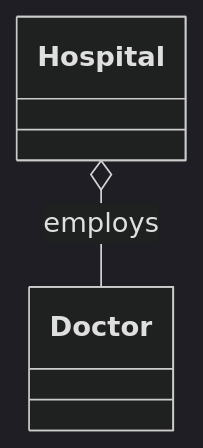
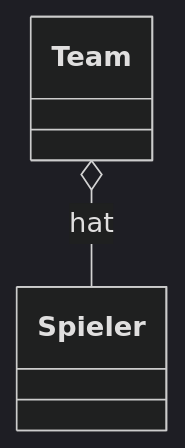
Before and after one commit to HTL-Wolfsberg-Betriebsinformatik/skript: the fifth of 12 diagrams in slides/content/slides/SWP/PR/18_uml-class-diagram.md, drawn with Mermaid (dark theme). The commit also changed other lines of this file, not shown here.

Commit message:
updated: uml class diagram

````diff
--- a/slides/content/slides/SWP/PR/18_uml-class-diagram.md
+++ b/slides/content/slides/SWP/PR/18_uml-class-diagram.md
@@ -144,10 +222,6 @@
 ```mermaid
 classDiagram
-    class Hospital {
-    }
-
-    class Doctor {
-    }
-
-    Hospital o-- Doctor : employs
+    class Team
+    class Spieler
+    Team o-- Spieler : hat
 ```
````
